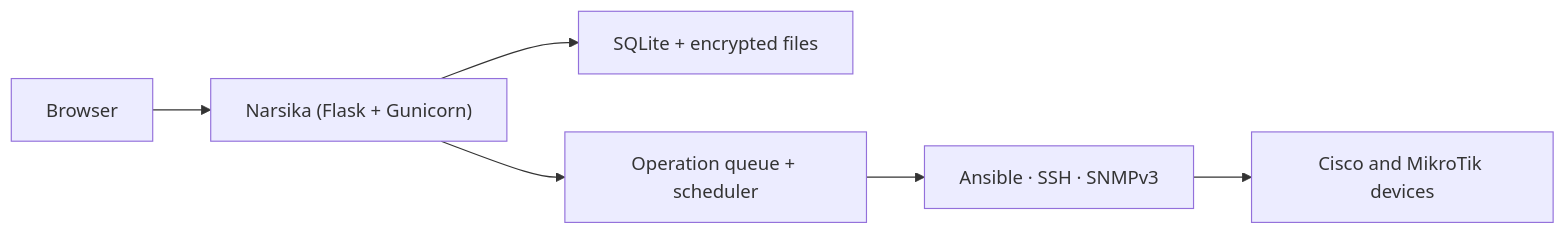
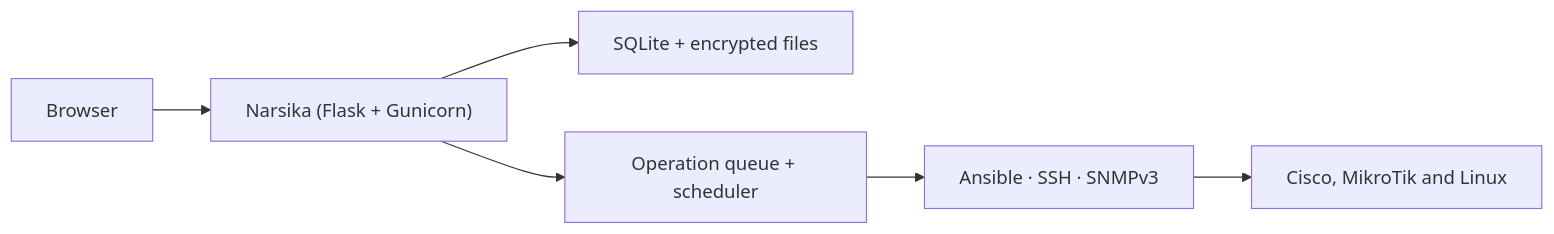
Before and after one commit to Ali-Moghanni-ir/Narsika: the diagram in README.md, drawn with Mermaid. The commit also changed other lines of this file and 1 other file, not shown here.

````diff
--- a/README.md
+++ b/README.md
@@ -110,8 +120,8 @@
 ```mermaid
 flowchart LR
     U["Browser"] --> N["Narsika (Flask + Gunicorn)"]
     N --> D["SQLite + encrypted files"]
     N --> Q["Operation queue + scheduler"]
     Q --> A["Ansible · SSH · SNMPv3"]
-    A --> E["Cisco and MikroTik devices"]
+    A --> E["Cisco, MikroTik and Linux"]
 ```
````
